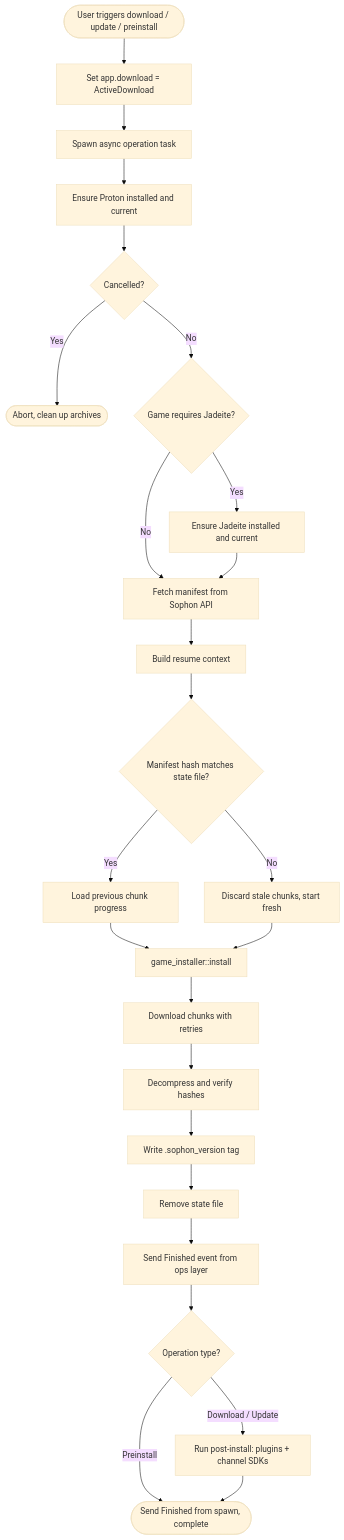
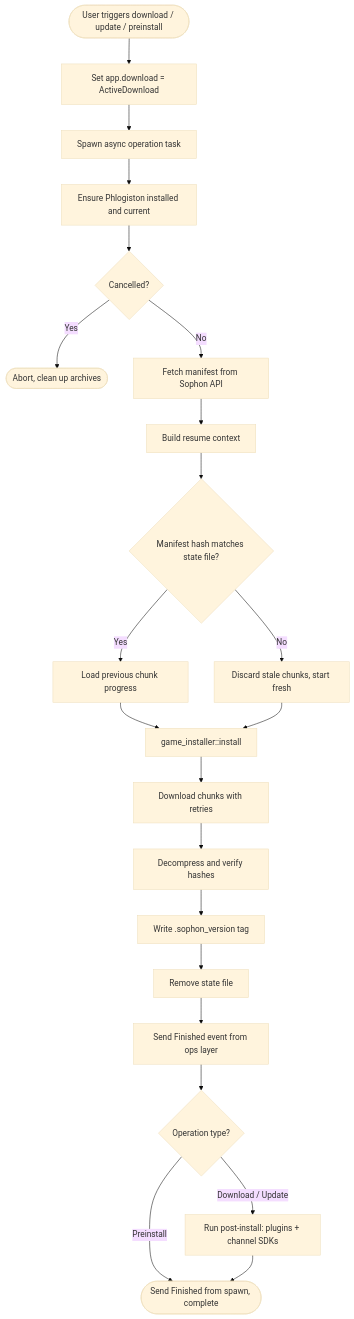
One commit to ChakornK/elysiae-tui changed diagram 11 of 21 in UX.md. Above: the diagram before and after it, drawn with Mermaid (base theme). The commit also changed other lines of this file and 9 other files, not shown here.

````diff
--- a/UX.md
+++ b/UX.md
@@ -267,27 +267,24 @@
 ```mermaid
 flowchart TD
     Trigger([User triggers download / update / preinstall]) --> SetActive[Set app.download = ActiveDownload]
     SetActive --> Spawn[Spawn async operation task]
-    Spawn --> EnsureProton[Ensure Proton installed and current]
+    Spawn --> EnsureProton[Ensure Phlogiston installed and current]
     EnsureProton --> CancelCheck{Cancelled?}
     CancelCheck -->|Yes| Abort([Abort, clean up archives])
-    CancelCheck -->|No| NeedsJadeite{Game requires Jadeite?}
-    NeedsJadeite -->|Yes| EnsureJadeite[Ensure Jadeite installed and current]
-    NeedsJadeite -->|No| FetchManifest
-    EnsureJadeite --> FetchManifest[Fetch manifest from Sophon API]
+    CancelCheck -->|No| FetchManifest[Fetch manifest from Sophon API]
     FetchManifest --> BuildResume[Build resume context]
     BuildResume --> HashMatch{Manifest hash matches state file?}
     HashMatch -->|Yes| ResumeChunks[Load previous chunk progress]
     HashMatch -->|No| FreshStart[Discard stale chunks, start fresh]
     ResumeChunks --> Install[game_installer::install]
     FreshStart --> Install
     Install --> DownloadChunks[Download chunks with retries]
     DownloadChunks --> AssembleFiles[Decompress and verify hashes]
     AssembleFiles --> WriteTag[Write .sophon_version tag]
     WriteTag --> RemoveState[Remove state file]
     RemoveState --> SendFinishedOps[Send Finished event from ops layer]
     SendFinishedOps --> IsPreinstall{Operation type?}
     IsPreinstall -->|Preinstall| SendFinishedSpawn([Send Finished from spawn, complete])
     IsPreinstall -->|Download / Update| PostInstall[Run post-install: plugins + channel SDKs]
     PostInstall --> SendFinishedSpawn
 ```
````
